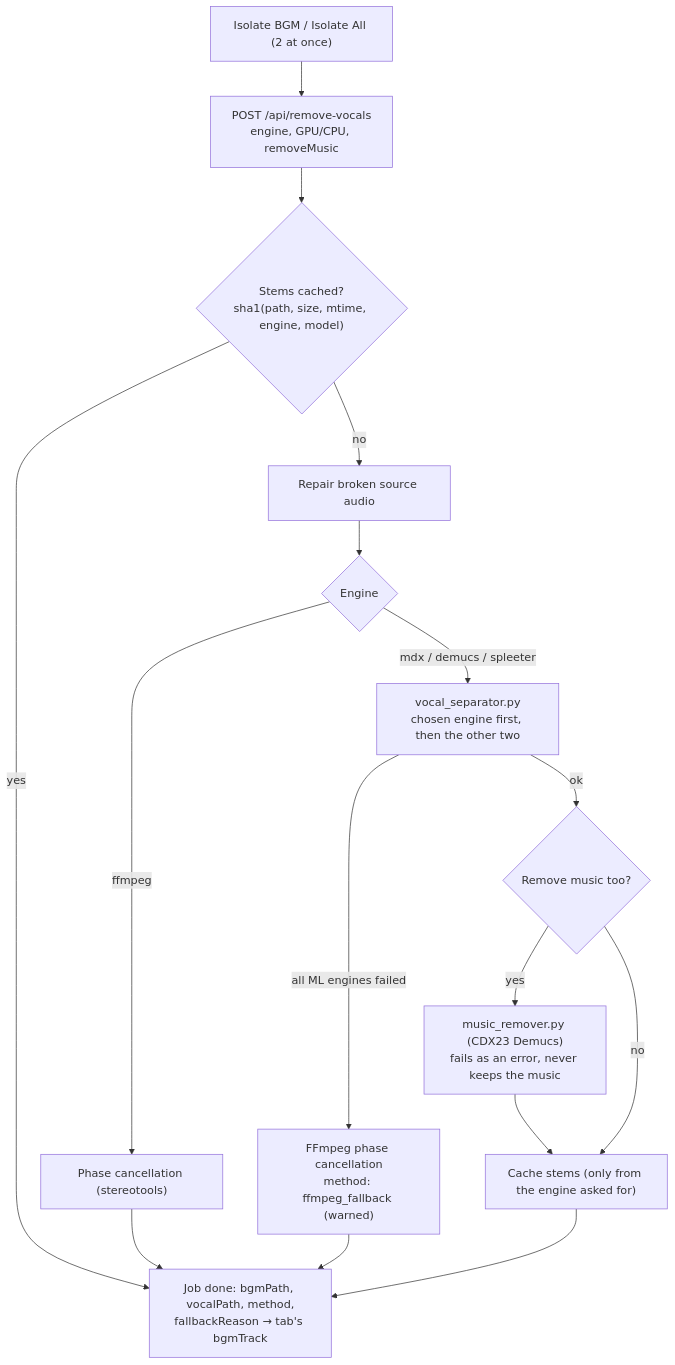
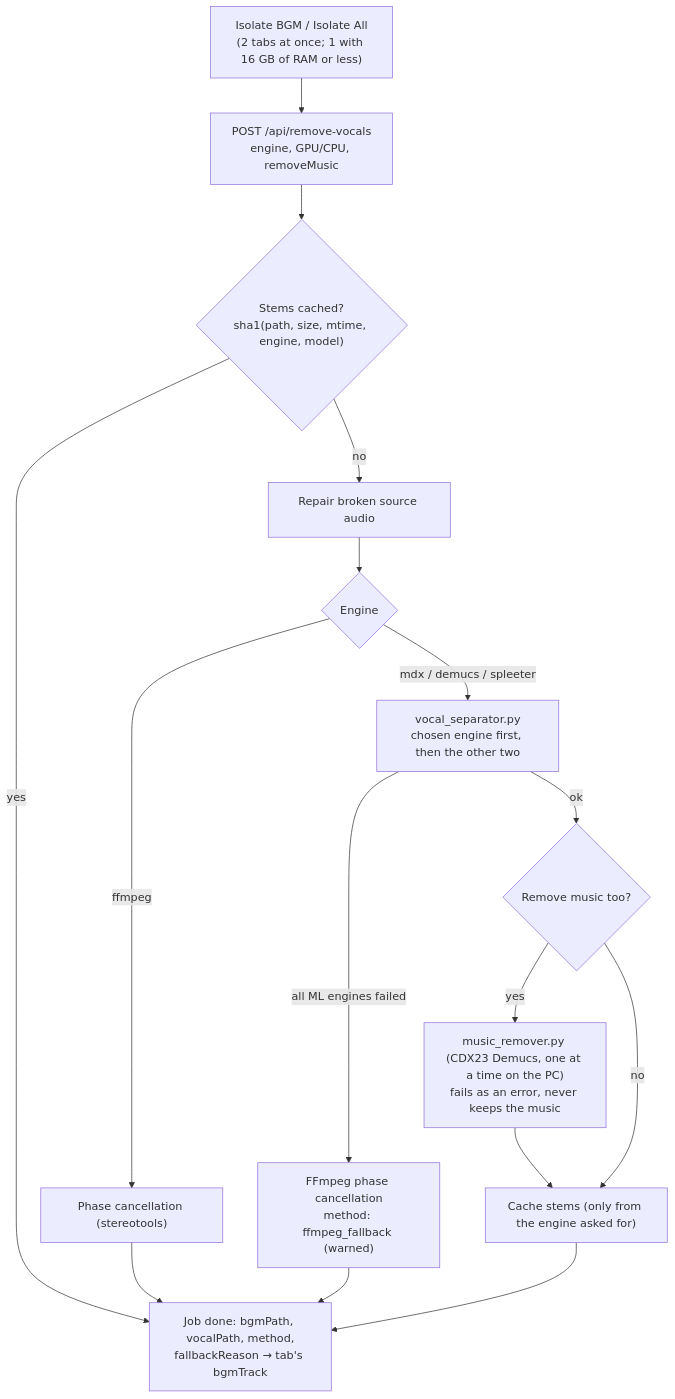
The tenth of 14 diagrams in docs/ARCHITECTURE.md (chhordalim14/dr-dubber), drawn with Mermaid before and after one commit. The commit also changed other lines of this file and 2 other files, not shown here.

First line of the commit message:
docs: memory limits, Mac GPU paths and Edge TTS busy handling

````diff
--- a/docs/ARCHITECTURE.md
+++ b/docs/ARCHITECTURE.md
@@ -643,18 +648,18 @@
 ```mermaid
 flowchart TD
-    A["Isolate BGM / Isolate All (2 at once)"] --> B["POST /api/remove-vocals<br/>engine, GPU/CPU, removeMusic"]
+    A["Isolate BGM / Isolate All<br/>(2 tabs at once; 1 with 16 GB of RAM or less)"] --> B["POST /api/remove-vocals<br/>engine, GPU/CPU, removeMusic"]
     B --> C{"Stems cached?<br/>sha1(path, size, mtime, engine, model)"}
     C -- yes --> DONE
     C -- no --> R["Repair broken source audio"]
     R --> E{Engine}
     E -- ffmpeg --> FF["Phase cancellation (stereotools)"]
     E -- "mdx / demucs / spleeter" --> V["vocal_separator.py<br/>chosen engine first, then the other two"]
     V -- "all ML engines failed" --> FB["FFmpeg phase cancellation<br/>method: ffmpeg_fallback (warned)"]
     V -- ok --> MR{"Remove music too?"}
-    MR -- yes --> CDX["music_remover.py (CDX23 Demucs)<br/>fails as an error, never keeps the music"]
+    MR -- yes --> CDX["music_remover.py (CDX23 Demucs, one at a time on the PC)<br/>fails as an error, never keeps the music"]
     MR -- no --> CA
     CDX --> CA["Cache stems (only from the engine asked for)"]
     CA --> DONE["Job done: bgmPath, vocalPath, method,<br/>fallbackReason → tab's bgmTrack"]
     FF --> DONE
     FB --> DONE
 ```
````
